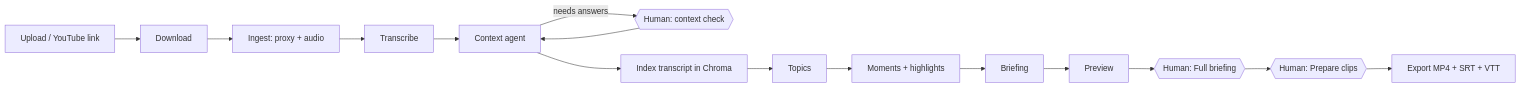
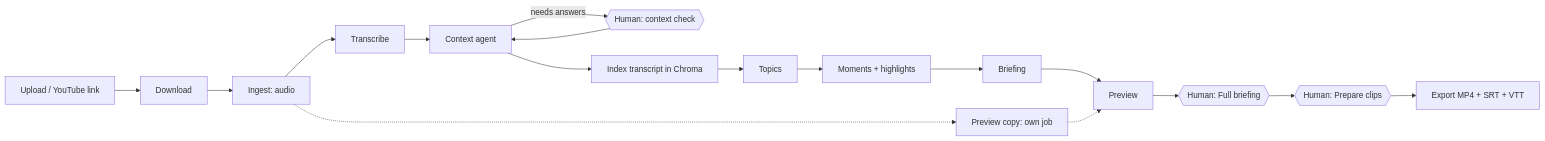
The diagram in README.md (ahfamaral/digestor), drawn with Mermaid before and after one commit. The commit also changed other lines of this file and 33 other files, not shown here.

First line of the commit message:
feat: transcribe before the preview copy; the context check no longer waits for it

````diff
--- a/README.md
+++ b/README.md
@@ -11,15 +11,17 @@
 ```mermaid
 flowchart LR
   A[Upload / YouTube link] --> B[Download]
-  B --> C[Ingest: proxy + audio]
+  B --> C[Ingest: audio]
   C --> D[Transcribe]
+  C -.-> PX[Preview copy: own job]
   D --> E[Context agent]
   E -->|needs answers| H1{{Human: context check}}
   H1 --> E
   E --> I[Index transcript in Chroma]
   I --> T[Topics] --> M[Moments + highlights] --> W[Briefing]
   W --> P[Preview]
+  PX -.-> P
   P --> FB{{Human: Full briefing}}
   FB --> PR{{Human: Prepare clips}}
   PR --> X[Export MP4 + SRT + VTT]
 ```
````
